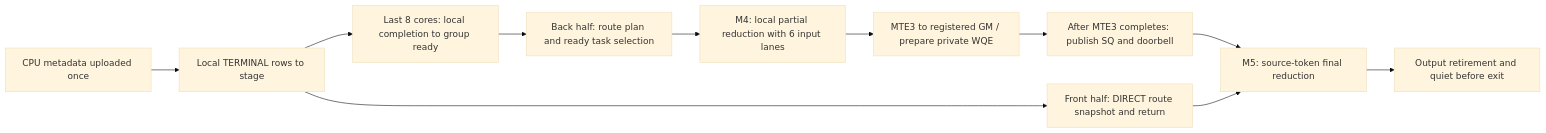
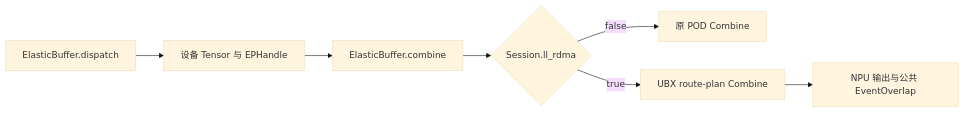
Before and after one commit to lueelu/DeepEP: the diagram in docs/ubx.md, drawn with Mermaid (base theme). The commit also changed other lines of this file and 35 other files, not shown here.

Commit message:
feat: integrate UBX route-plan Combine with the V2 RDMA runtime

````diff
--- a/docs/ubx.md
+++ b/docs/ubx.md
@@ -40,13 +105,9 @@
 ```mermaid
 flowchart LR
-    A[CPU metadata uploaded once] --> B[Local TERMINAL rows to stage]
-    B --> C[Front half: DIRECT route snapshot and return]
-    B --> D[Last 8 cores: local completion to group ready]
-    D --> E[Back half: route plan and ready task selection]
-    E --> F[M4: local partial reduction with 6 input lanes]
-    F --> G[MTE3 to registered GM / prepare private WQE]
-    G --> H[After MTE3 completes: publish SQ and doorbell]
-    H --> I[M5: source-token final reduction]
-    I --> J[Output retirement and quiet before exit]
-    C --> I
+    A[ElasticBuffer.dispatch] --> B[设备 Tensor 与 EPHandle]
+    B --> C[ElasticBuffer.combine]
+    C --> D{Session.ll_rdma}
+    D -->|false| E[原 POD Combine]
+    D -->|true| F[UBX route-plan Combine]
+    F --> G[NPU 输出与公共 EventOverlap]
 ```
````
